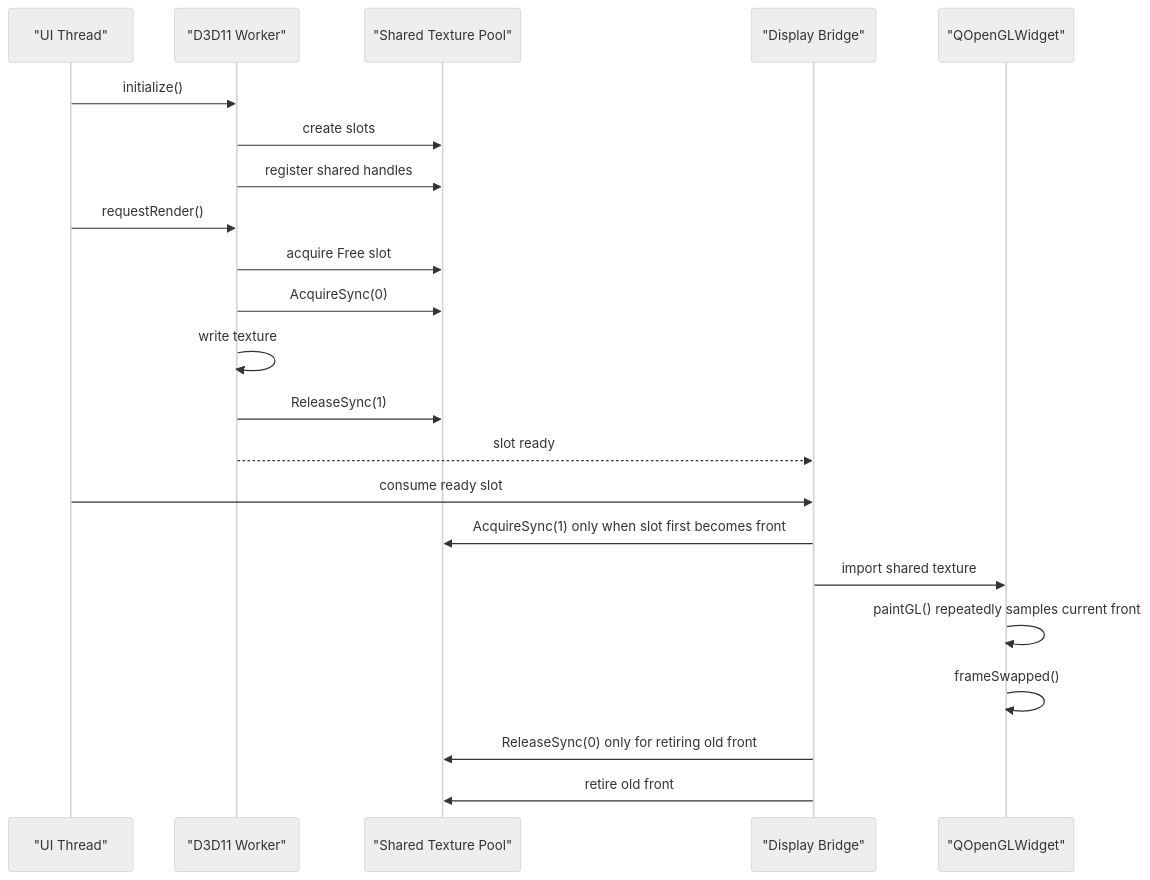
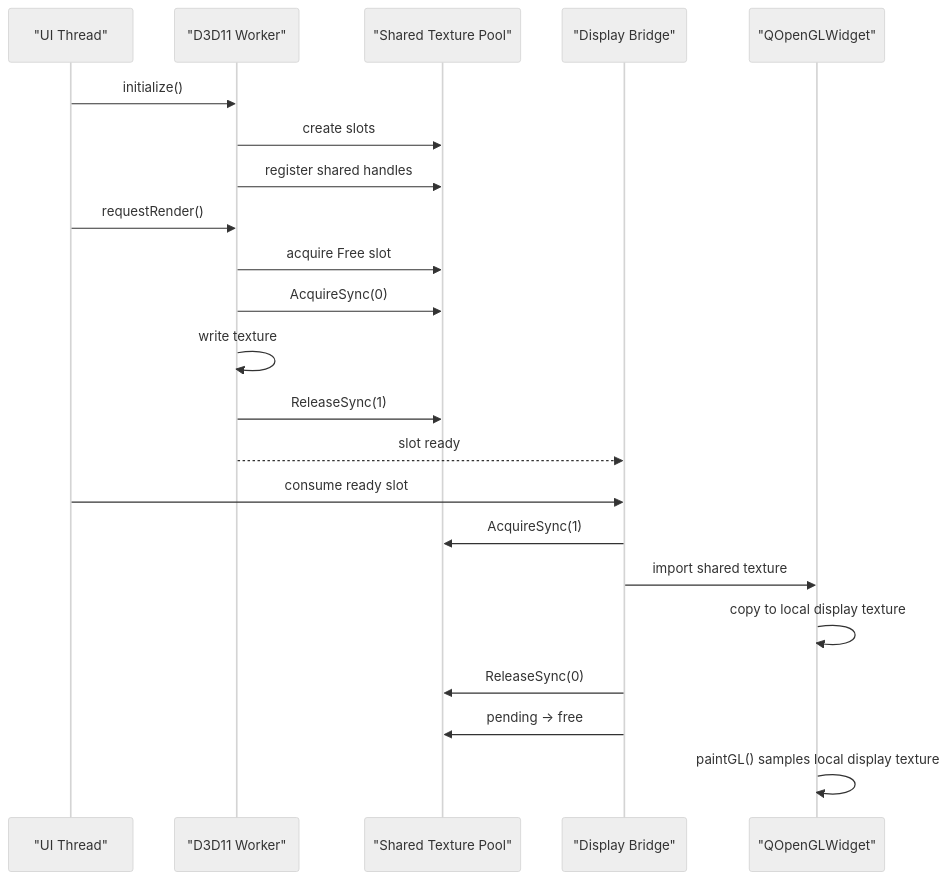
Before and after one commit to Peranger1/Gles2AsyncRender: the diagram in docs/D3D11_NATIVE_SHARED_TEXTURE_PLAN.md, drawn with Mermaid (neutral theme). The commit also changed other lines of this file and 11 other files, not shown here.

Commit message:
Implement phase 3 slot handoff flow

````diff
--- a/docs/D3D11_NATIVE_SHARED_TEXTURE_PLAN.md
+++ b/docs/D3D11_NATIVE_SHARED_TEXTURE_PLAN.md
@@ -221,27 +229,27 @@
 ```mermaid
 sequenceDiagram
     participant UI as "UI Thread"
     participant Worker as "D3D11 Worker"
     participant Pool as "Shared Texture Pool"
     participant Bridge as "Display Bridge"
     participant Widget as "QOpenGLWidget"
 
     UI->>Worker: initialize()
     Worker->>Pool: create slots
     Worker->>Pool: register shared handles
 
     UI->>Worker: requestRender()
     Worker->>Pool: acquire Free slot
     Worker->>Pool: AcquireSync(0)
     Worker->>Worker: write texture
     Worker->>Pool: ReleaseSync(1)
     Worker-->>Bridge: slot ready
 
     UI->>Bridge: consume ready slot
-    Bridge->>Pool: AcquireSync(1) only when slot first becomes front
+    Bridge->>Pool: AcquireSync(1)
     Bridge->>Widget: import shared texture
-    Widget->>Widget: paintGL() repeatedly samples current front
-    Widget->>Widget: frameSwapped()
-    Bridge->>Pool: ReleaseSync(0) only for retiring old front
-    Bridge->>Pool: retire old front
+    Widget->>Widget: copy to local display texture
+    Bridge->>Pool: ReleaseSync(0)
+    Bridge->>Pool: pending -> free
+    Widget->>Widget: paintGL() samples local display texture
 ```
````
